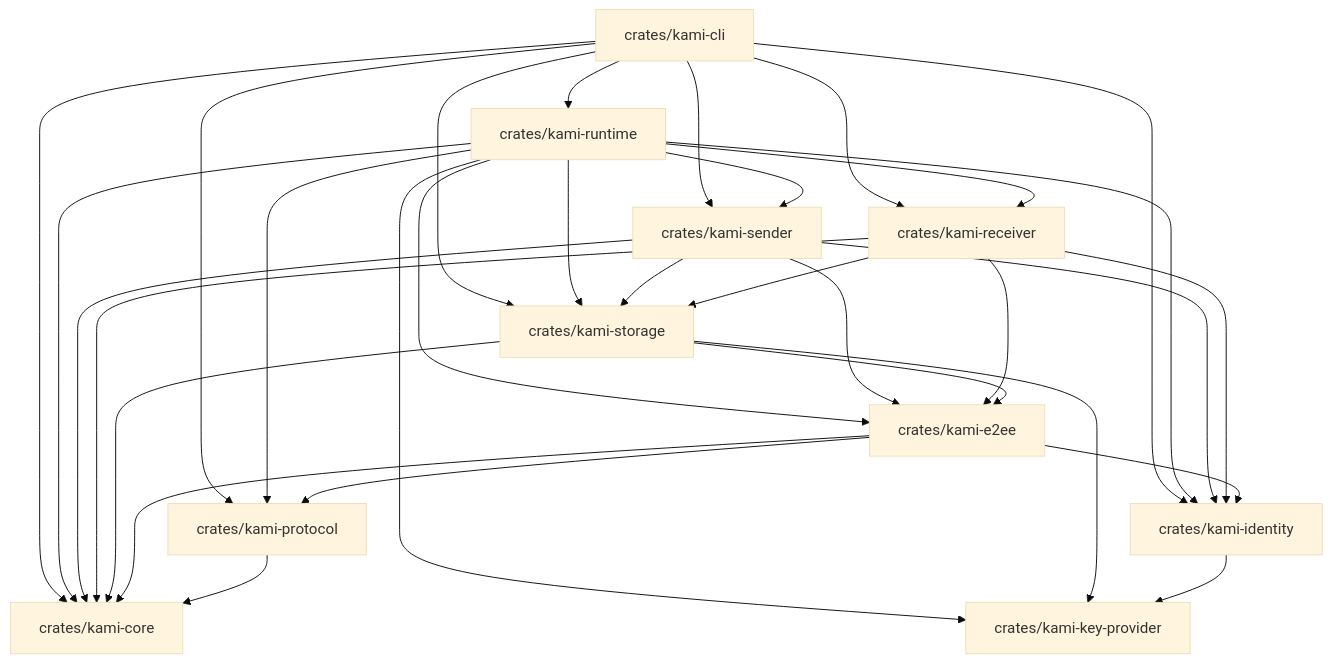
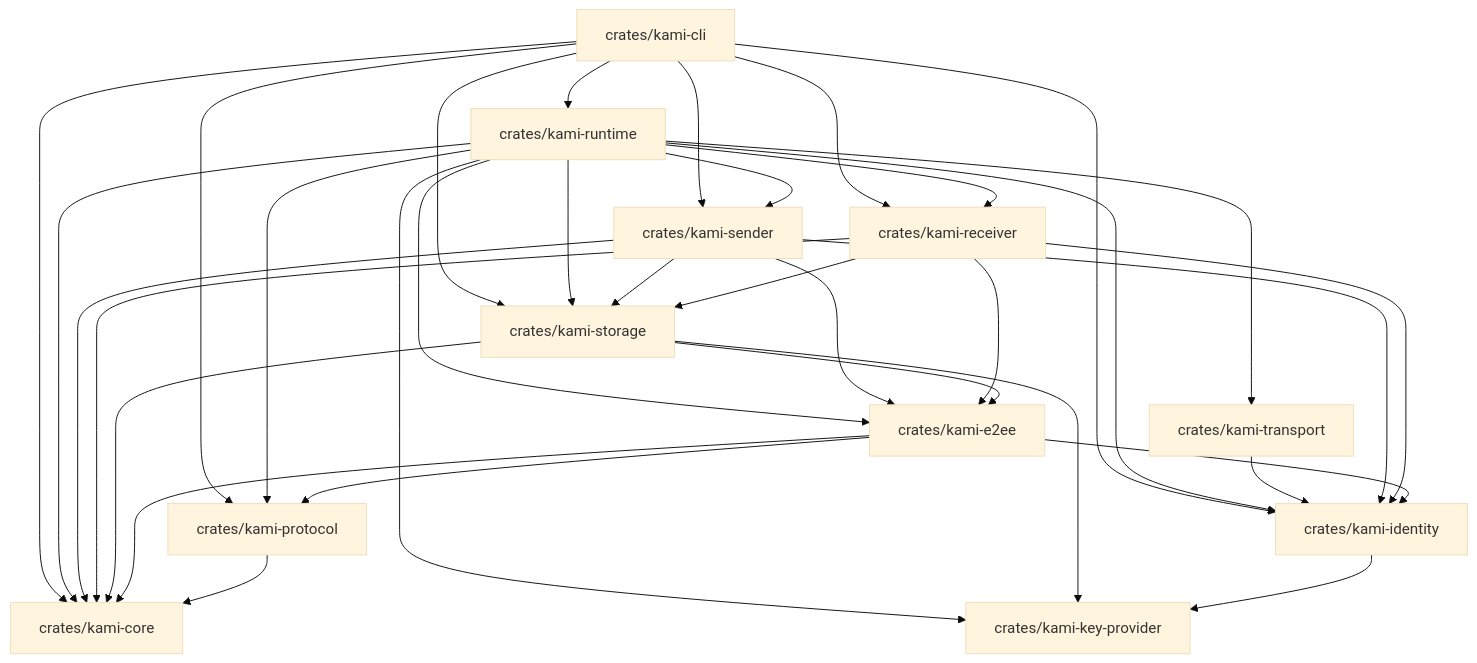
The diagram in knowledge/Code Analyzing/Code Analysis Home.md (PraxiSophia/kami), drawn with Mermaid (base theme) before and after one commit. The commit also changed other lines of this file and 19 other files, not shown here.

````diff
--- a/knowledge/Code Analyzing/Code Analysis Home.md
+++ b/knowledge/Code Analyzing/Code Analysis Home.md
@@ -105,40 +121,43 @@
 ```mermaid
 graph TD
     CLI[crates/kami-cli] --> CORE[crates/kami-core]
     CLI --> PROTO[crates/kami-protocol]
     CLI --> STORAGE[crates/kami-storage]
     CLI --> IDENTITY[crates/kami-identity]
     CLI --> SENDER[crates/kami-sender]
     CLI --> RECEIVER[crates/kami-receiver]
     CLI --> RUNTIME[crates/kami-runtime]
 
     RUNTIME --> CORE
     RUNTIME --> PROTO
     RUNTIME --> KEYPROV[crates/kami-key-provider]
     RUNTIME --> IDENTITY
     RUNTIME --> STORAGE
     RUNTIME --> E2EE[crates/kami-e2ee]
     RUNTIME --> SENDER
     RUNTIME --> RECEIVER
+    RUNTIME --> TRANSPORT[crates/kami-transport]
+
+    TRANSPORT --> IDENTITY
 
     SENDER --> CORE
     SENDER --> STORAGE
     SENDER --> E2EE
     SENDER --> IDENTITY
 
     RECEIVER --> CORE
     RECEIVER --> STORAGE
     RECEIVER --> E2EE
     RECEIVER --> IDENTITY
 
     STORAGE --> CORE
     STORAGE --> KEYPROV
     STORAGE --> E2EE
 
     E2EE --> CORE
     E2EE --> IDENTITY
     E2EE --> PROTO
 
     IDENTITY --> KEYPROV
     PROTO --> CORE
 ```
````
